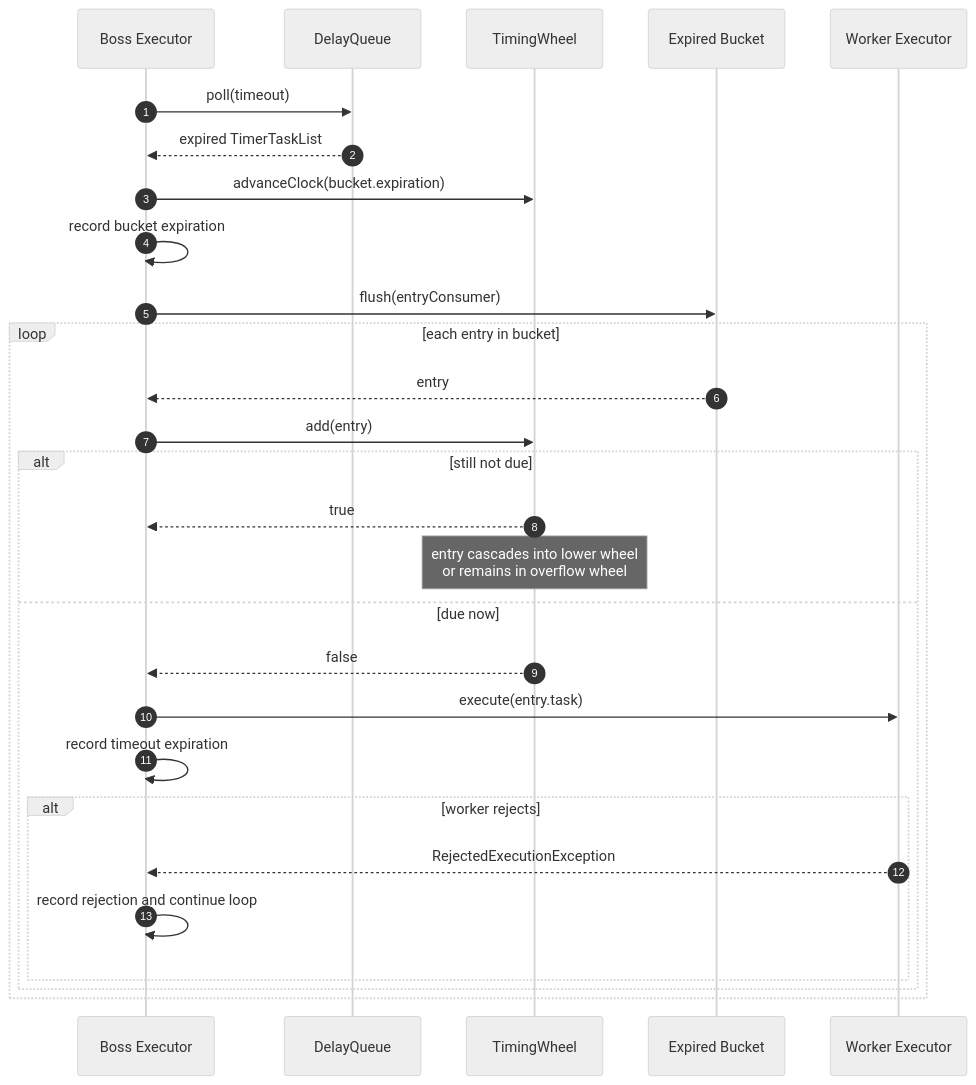
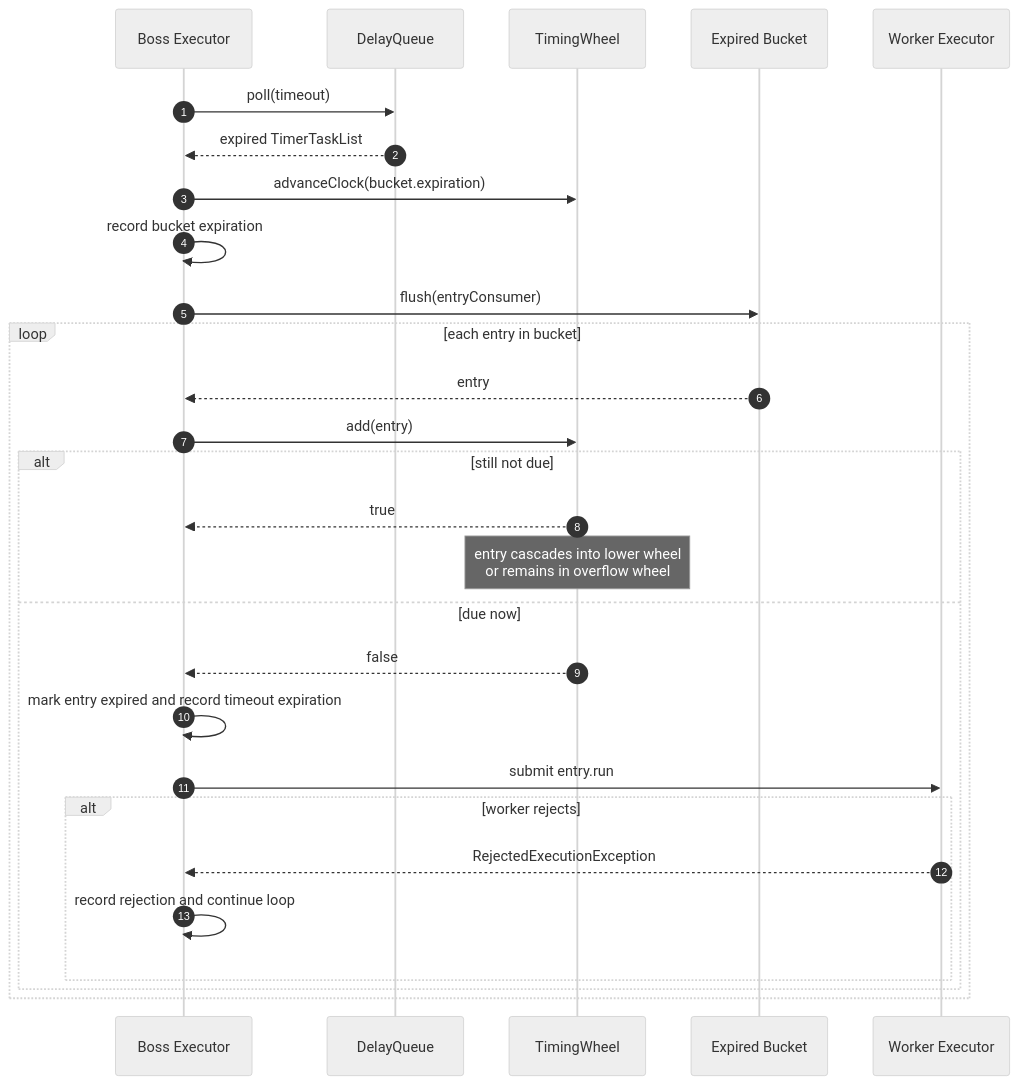
The sixth of 10 diagrams in docs/architecture.md (photowey/timewheel4j), drawn with Mermaid (neutral theme) before and after one commit. The commit also changed other lines of this file and 1 other file, not shown here.

````diff
--- a/docs/architecture.md
+++ b/docs/architecture.md
@@ -253,32 +254,32 @@
 ```mermaid
 sequenceDiagram
     autonumber
     participant Boss as Boss Executor
     participant DQ as DelayQueue
     participant TW as TimingWheel
     participant B as Expired Bucket
     participant EX as Worker Executor
 
     Boss->>DQ: poll(timeout)
     DQ-->>Boss: expired TimerTaskList
     Boss->>TW: advanceClock(bucket.expiration)
     Boss->>Boss: record bucket expiration
     Boss->>B: flush(entryConsumer)
 
     loop each entry in bucket
         B-->>Boss: entry
         Boss->>TW: add(entry)
         alt still not due
             TW-->>Boss: true
             Note over TW: entry cascades into lower wheel<br/>or remains in overflow wheel
         else due now
             TW-->>Boss: false
-            Boss->>EX: execute(entry.task)
-            Boss->>Boss: record timeout expiration
+            Boss->>Boss: mark entry expired and record timeout expiration
+            Boss->>EX: submit entry.run
             alt worker rejects
                 EX-->>Boss: RejectedExecutionException
                 Boss->>Boss: record rejection and continue loop
             end
         end
     end
 ```
````
